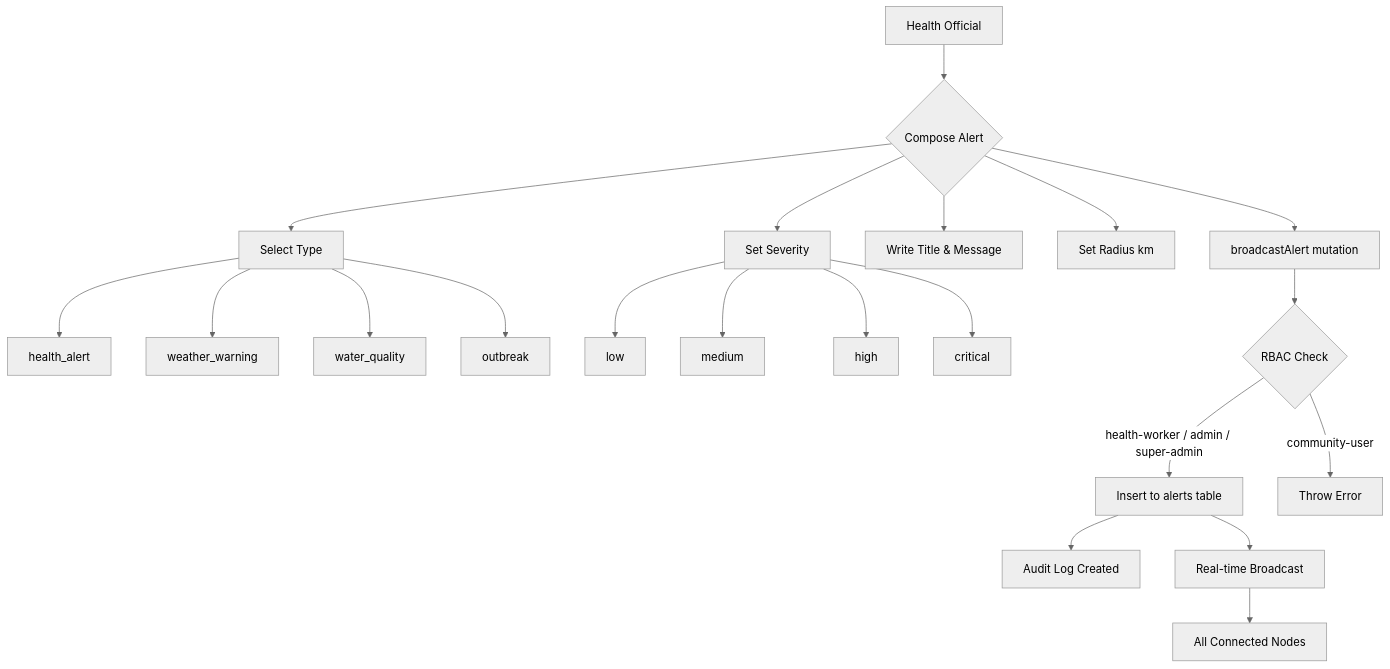
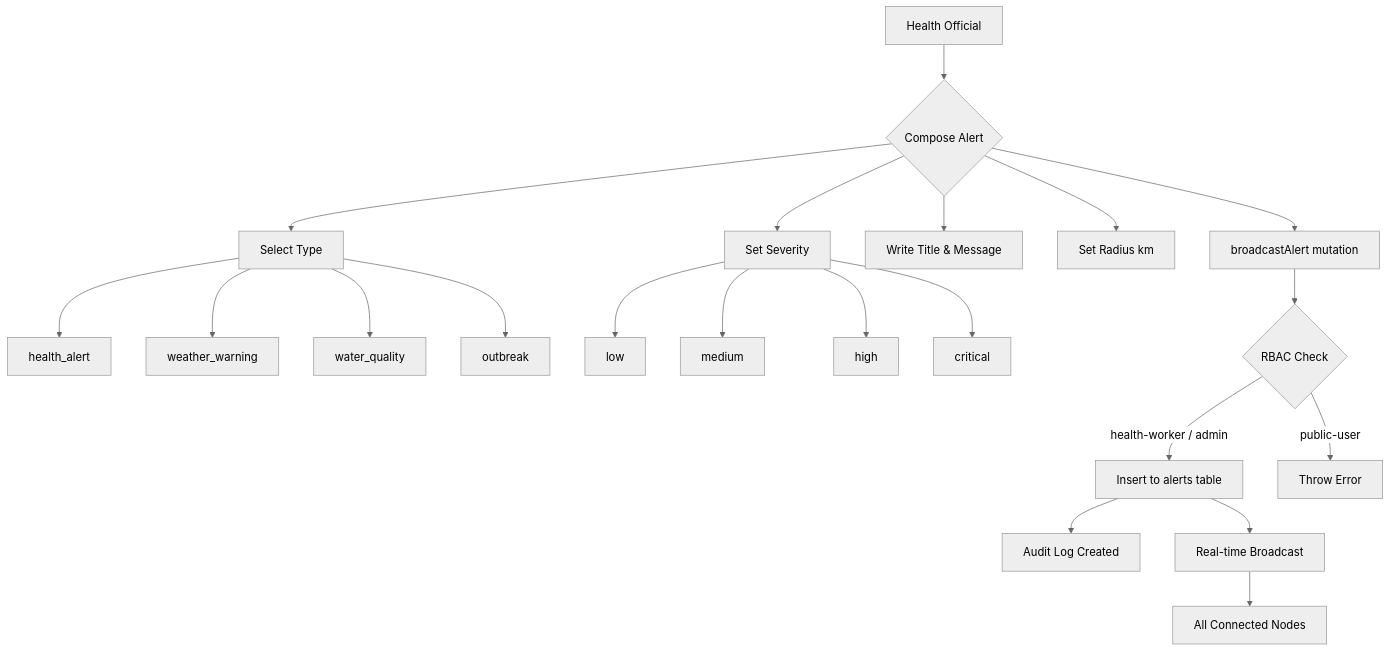
One commit to ArrinPaul/HealthNex changed the sixth of 14 diagrams in README.md. Above: the diagram before and after it, drawn with Mermaid (neutral theme). The commit also changed other lines of this file and 41 other files, not shown here.

````diff
--- a/README.md
+++ b/README.md
@@ -323,26 +323,26 @@
 ```mermaid
 flowchart TD
     A[Health Official] --> B{Compose Alert}
     B --> C[Select Type]
     B --> D[Set Severity]
     B --> E[Write Title & Message]
     B --> F[Set Radius km]
 
     C --> G[health_alert]
     C --> H[weather_warning]
     C --> I[water_quality]
     C --> J[outbreak]
 
     D --> K[low]
     D --> L[medium]
     D --> M[high]
     D --> N[critical]
 
     B --> O[broadcastAlert mutation]
     O --> P{RBAC Check}
-    P -->|health-worker / admin / super-admin| Q[Insert to alerts table]
-    P -->|community-user| R[Throw Error]
+    P -->|health-worker / admin| Q[Insert to alerts table]
+    P -->|public-user| R[Throw Error]
     Q --> S[Audit Log Created]
     Q --> T[Real-time Broadcast]
     T --> U[All Connected Nodes]
 ```
````
